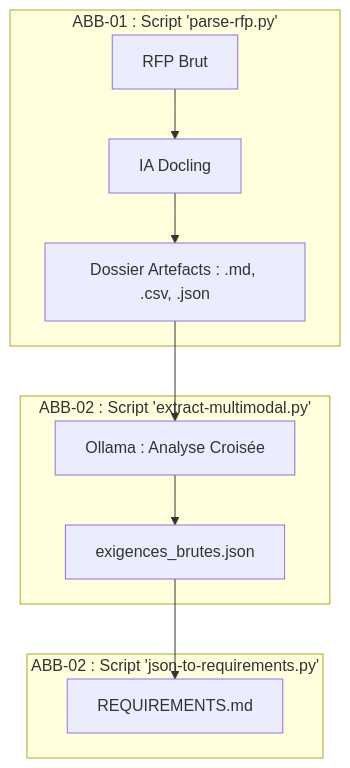
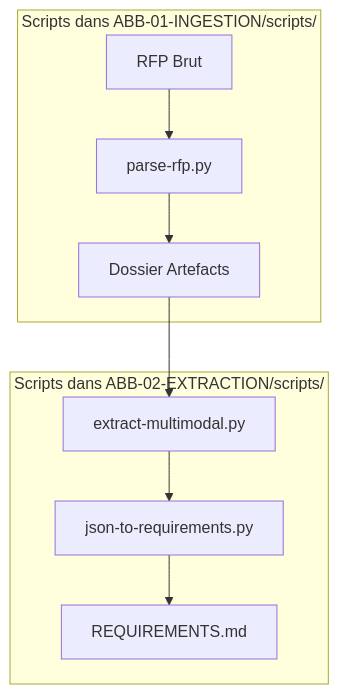
The diagram in 00-GOUVERNANCE/LLM_MASTER_KNOWLEDGE.md (RodMan121/i-ingestion_lecture_rfp), drawn with Mermaid before and after one commit. The commit also changed other lines of this file and 13 other files, not shown here.

Commit message:
refactor: reorganize entire project structure by ABB-01 (Ingestion) and ABB-02 (Extraction)

````diff
--- a/00-GOUVERNANCE/LLM_MASTER_KNOWLEDGE.md
+++ b/00-GOUVERNANCE/LLM_MASTER_KNOWLEDGE.md
@@ -13,16 +13,13 @@
 ```mermaid
 graph TD
-    subgraph ABB-01 : Script 'parse-rfp.py'
-        RAW[RFP Brut] --> DOC[IA Docling]
-        DOC --> ARTEFACTS[Dossier Artefacts : .md, .csv, .json]
+    subgraph ABB-01 : INGESTION [Scripts dans ABB-01-INGESTION/scripts/]
+        RAW[RFP Brut] --> P1[parse-rfp.py]
+        P1 --> ARTEFACTS[Dossier Artefacts]
     end
     
-    subgraph ABB-02 : Script 'extract-multimodal.py'
-        ARTEFACTS --> OLL[Ollama : Analyse Croisée]
-        OLL --> RAW_JSON[exigences_brutes.json]
-    end
-
-    subgraph ABB-02 : Script 'json-to-requirements.py'
-        RAW_JSON --> MD[REQUIREMENTS.md]
+    subgraph ABB-02 : EXTRACTION [Scripts dans ABB-02-EXTRACTION/scripts/]
+        ARTEFACTS --> P2[extract-multimodal.py]
+        P2 --> P3[json-to-requirements.py]
+        P3 --> REQ[REQUIREMENTS.md]
     end
 ```
````
